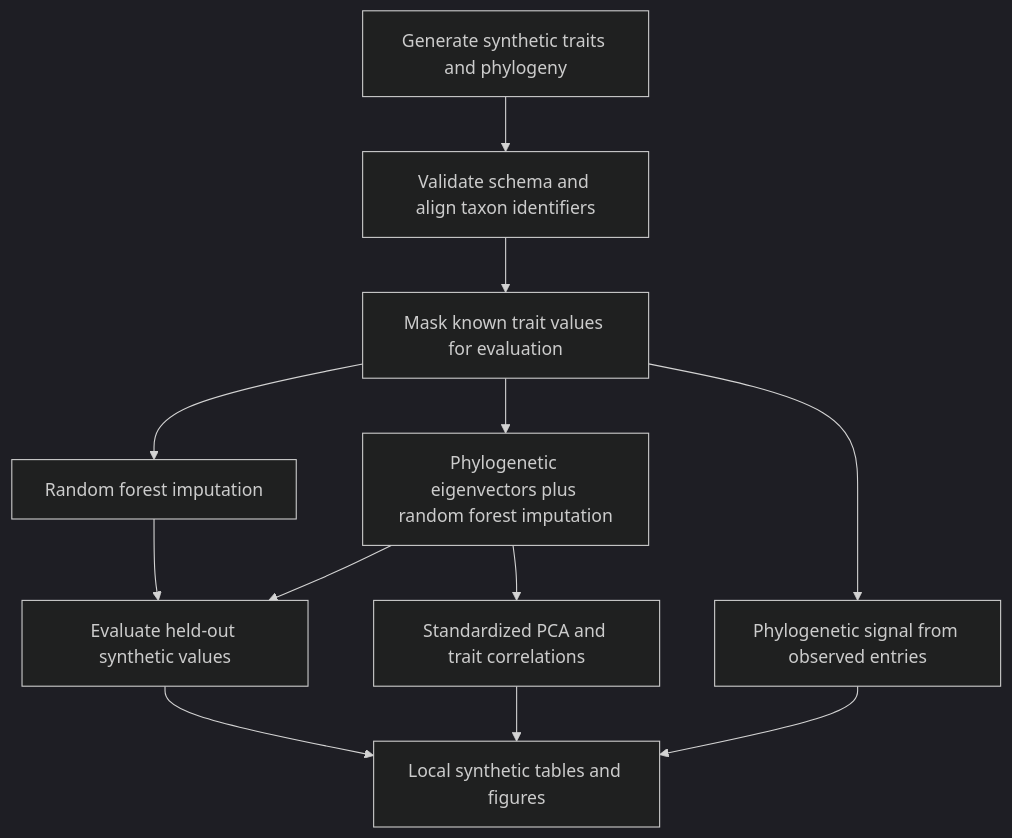
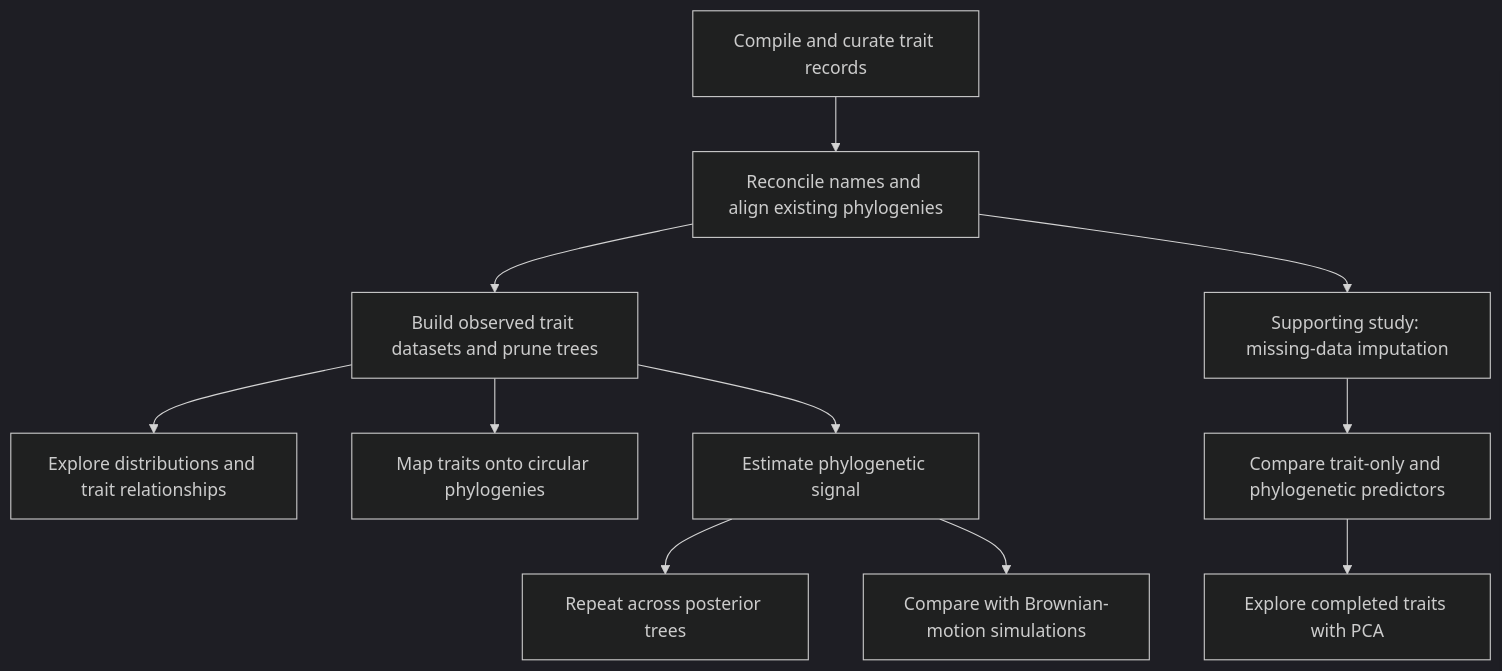
Before and after one commit to SuperAmazingMatt/coral-trait-phylogenetics: the diagram in README.md, drawn with Mermaid (dark theme). The commit also changed other lines of this file and 13 other files, not shown here.

````diff
--- a/README.md
+++ b/README.md
@@ -11,14 +17,13 @@
 ```mermaid
 flowchart TD
-    A[Generate synthetic traits and phylogeny] --> B[Validate schema and align taxon identifiers]
-    B --> C[Mask known trait values for evaluation]
-    C --> D[Random forest imputation]
-    C --> E[Phylogenetic eigenvectors plus random forest imputation]
-    D --> F[Evaluate held-out synthetic values]
-    E --> F
-    C --> G[Phylogenetic signal from observed entries]
-    E --> H[Standardized PCA and trait correlations]
-    G --> I[Local synthetic tables and figures]
-    H --> I
-    F --> I
+    A[Compile and curate trait records] --> B[Reconcile names and align existing phylogenies]
+    B --> C[Build observed trait datasets and prune trees]
+    C --> D[Explore distributions and trait relationships]
+    C --> E[Map traits onto circular phylogenies]
+    C --> F[Estimate phylogenetic signal]
+    F --> G[Repeat across posterior trees]
+    F --> H[Compare with Brownian-motion simulations]
+    B --> I[Supporting study: missing-data imputation]
+    I --> J[Compare trait-only and phylogenetic predictors]
+    J --> K[Explore completed traits with PCA]
 ```
````
